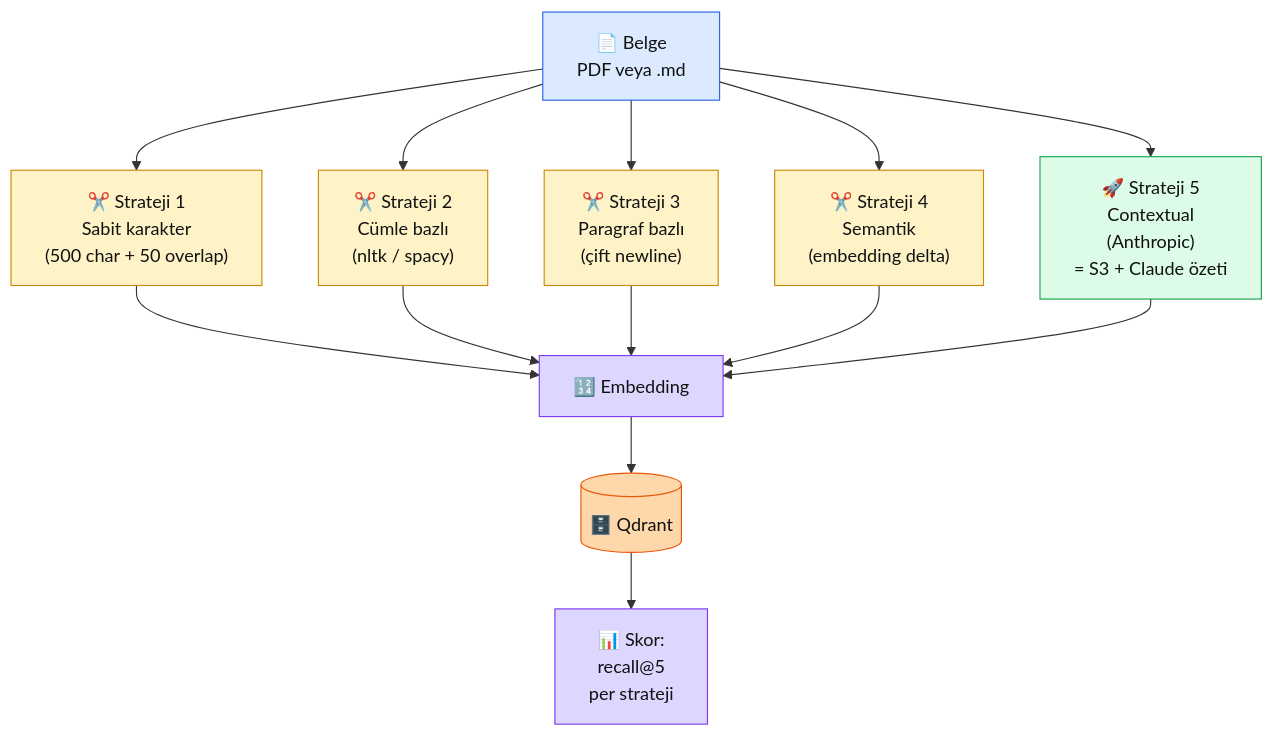
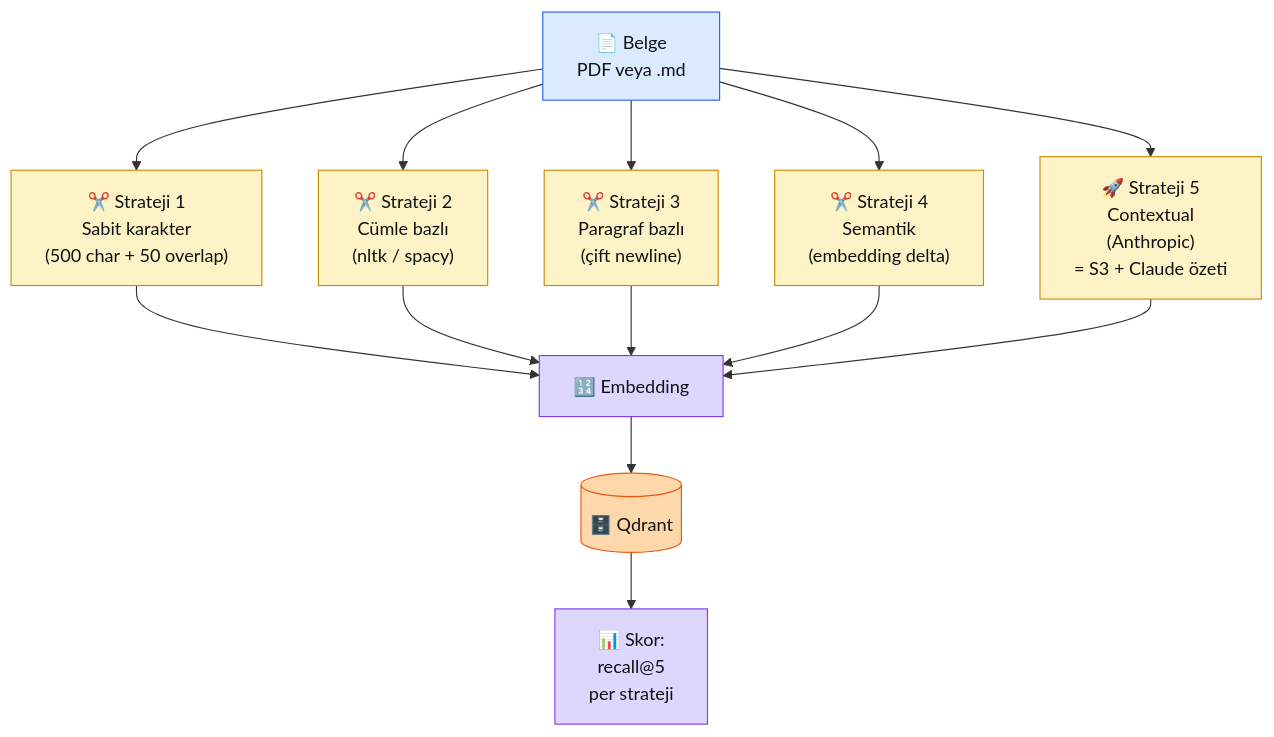
The diagram in docs/bolum-4/02-chunking.md (KemalG-u/muhendisal-platform), drawn with Mermaid before and after one commit. The commit also changed other lines of this file and 8 other files, not shown here.

````diff
--- a/docs/bolum-4/02-chunking.md
+++ b/docs/bolum-4/02-chunking.md
@@ -38,31 +39,31 @@
 ```mermaid
 flowchart TB
   DOC["📄 Belge\nPDF veya .md"]
   S1["✂️ Strateji 1\nSabit karakter\n(500 char + 50 overlap)"]
   S2["✂️ Strateji 2\nCümle bazlı\n(nltk / spacy)"]
   S3["✂️ Strateji 3\nParagraf bazlı\n(çift newline)"]
   S4["✂️ Strateji 4\nSemantik\n(embedding delta)"]
   S5["🚀 Strateji 5\nContextual\n(Anthropic)\n= S3 + Claude özeti"]
   EMB["🔢 Embedding"]
   VDB[("🗄️ Qdrant")]
   EVAL["📊 Skor:\nrecall@5\nper strateji"]
 
   DOC --> S1 --> EMB
   DOC --> S2 --> EMB
   DOC --> S3 --> EMB
   DOC --> S4 --> EMB
   DOC --> S5 --> EMB
   EMB --> VDB --> EVAL
 
   classDef veri fill:#dbeafe,stroke:#2563eb,color:#111
   classDef basit fill:#fef3c7,stroke:#ca8a04,color:#111
-  classDef yeni fill:#dcfce7,stroke:#16a34a,color:#111
+  classDef yeni fill:#fef3c7,stroke:#ca8a04,color:#111
   classDef db fill:#fed7aa,stroke:#ea580c,color:#111
   classDef hes fill:#ddd6fe,stroke:#7c3aed,color:#111
   class DOC veri
   class S1,S2,S3,S4 basit
   class S5 yeni
   class VDB db
   class EMB hes
   class EVAL hes
 ```
````
